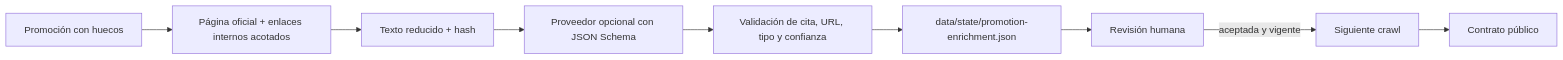
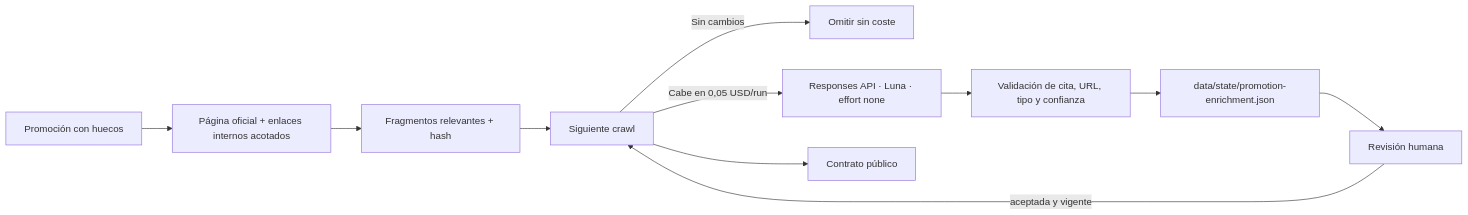
Before and after one commit to Javiig13/SierraNueva: the third of 3 diagrams in docs/architecture.md, drawn with Mermaid. The commit also changed other lines of this file and 13 other files, not shown here.

````diff
--- a/docs/architecture.md
+++ b/docs/architecture.md
@@ -40,11 +40,13 @@
 ```mermaid
 flowchart LR
     P["Promoción con huecos"] --> E["Página oficial + enlaces internos acotados"]
-    E --> H["Texto reducido + hash"]
-    H --> AI["Proveedor opcional con JSON Schema"]
+    E --> H["Fragmentos relevantes + hash"]
+    H --> C{"Caché y presupuesto"}
+    C -->|"Sin cambios"| S["Omitir sin coste"]
+    C -->|"Cabe en 0,05 USD/run"| AI["Responses API · Luna · effort none"]
     AI --> V["Validación de cita, URL, tipo y confianza"]
     V --> Q["data/state/promotion-enrichment.json"]
     Q --> R["Revisión humana"]
     R -->|aceptada y vigente| C["Siguiente crawl"]
     C --> PUB["Contrato público"]
 ```
````
